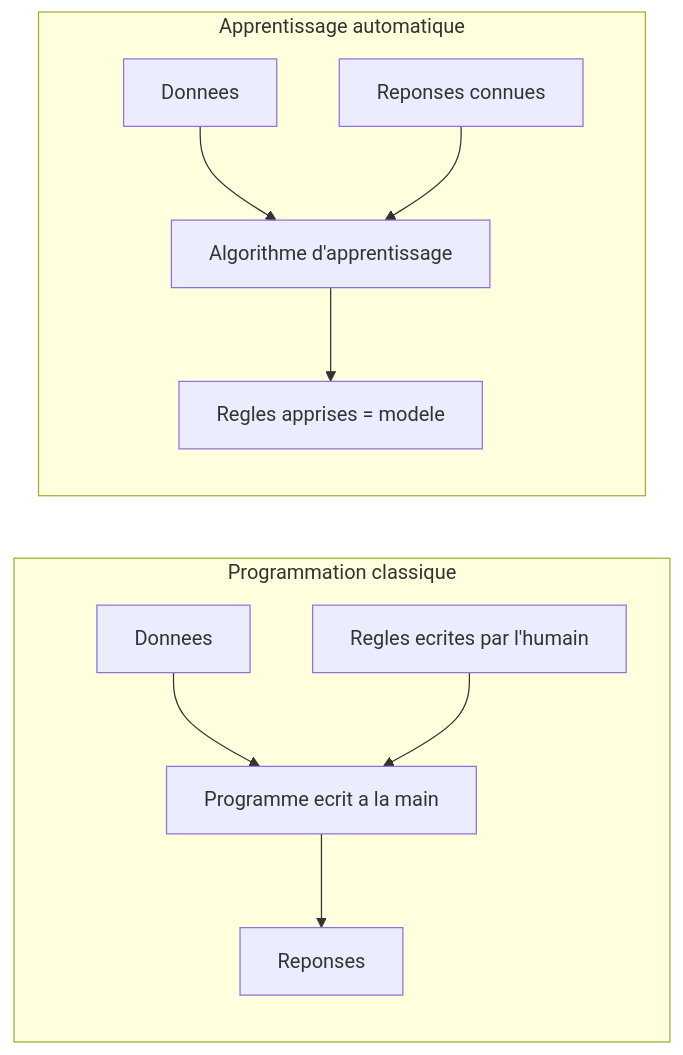
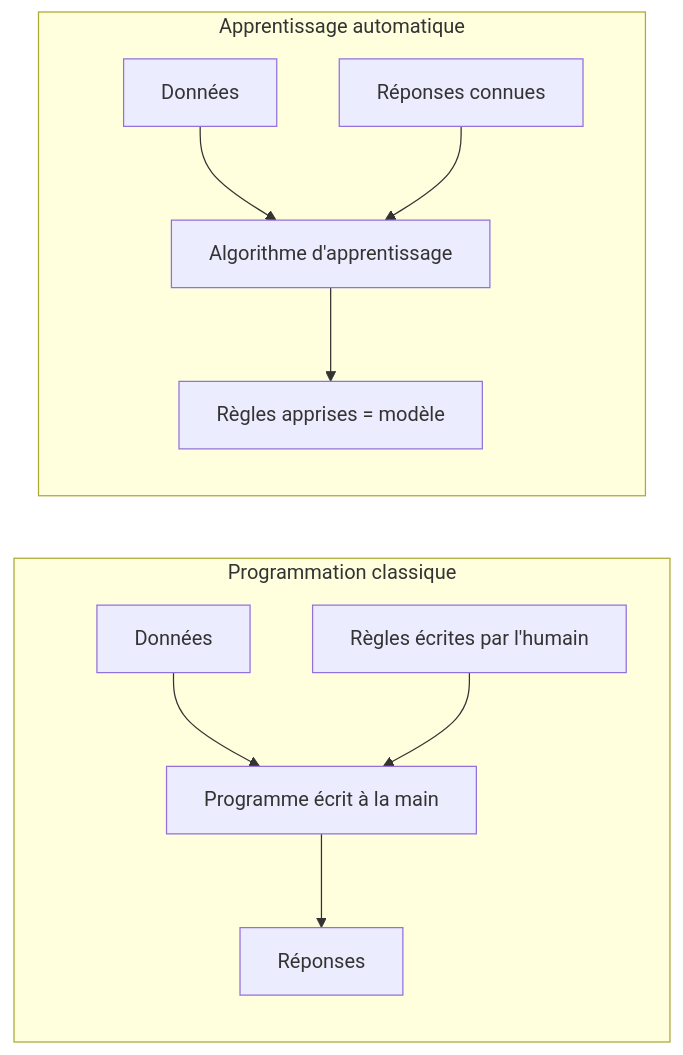
One commit to tanguychenier/Mathematiques-pour-le-Machine-Learning changed the first of 5 diagrams in chapitres/01-introduction-et-motivation.md. Above: the diagram before and after it, drawn with Mermaid. The commit also changed other lines of this file and 2 other files, not shown here.

Commit message:
docs(ch1): apply audit fixes, explain "linear", and wire up three diagrams

````diff
--- a/chapitres/01-introduction-et-motivation.md
+++ b/chapitres/01-introduction-et-motivation.md
@@ -11,13 +11,13 @@
 ```mermaid
 flowchart LR
     subgraph Programmation classique
-        A1[Donnees] --> P1[Programme ecrit a la main]
-        R1[Regles ecrites par l'humain] --> P1
-        P1 --> S1[Reponses]
+        A1["Données"] --> P1["Programme écrit à la main"]
+        R1["Règles écrites par l'humain"] --> P1
+        P1 --> S1["Réponses"]
     end
     subgraph Apprentissage automatique
-        A2[Donnees] --> P2[Algorithme d'apprentissage]
-        S2[Reponses connues] --> P2
-        P2 --> R2[Regles apprises = modele]
+        A2["Données"] --> P2["Algorithme d'apprentissage"]
+        S2["Réponses connues"] --> P2
+        P2 --> R2["Règles apprises = modèle"]
     end
 ```
````
